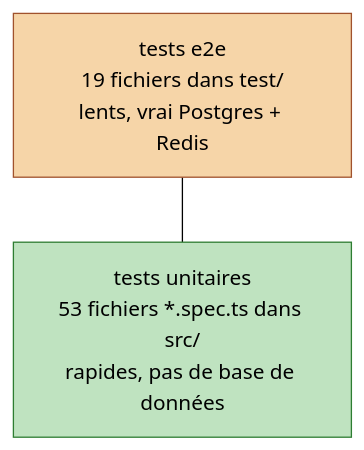
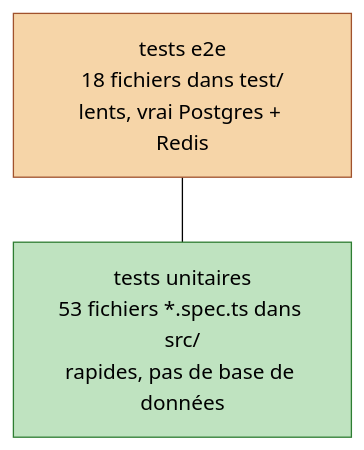
One commit to VictorBro/ft_transcendence changed the first of 4 diagrams in docs-fr/api/10-tests.md. Above: the diagram before and after it, drawn with Mermaid (forest theme). The commit also changed other lines of this file and 85 other files, not shown here.

````diff
--- a/docs-fr/api/10-tests.md
+++ b/docs-fr/api/10-tests.md
@@ -59,8 +59,8 @@
 ```mermaid
 flowchart TB
-    E2E["tests e2e<br/>19 fichiers dans test/<br/>lents, vrai Postgres + Redis"]
+    E2E["tests e2e<br/>18 fichiers dans test/<br/>lents, vrai Postgres + Redis"]
     UNIT["tests unitaires<br/>53 fichiers *.spec.ts dans src/<br/>rapides, pas de base de données"]
     E2E --- UNIT
     style E2E fill:#f6d5a8,stroke:#a0522d
     style UNIT fill:#bfe3c0,stroke:#2e7d32
 ```
````
